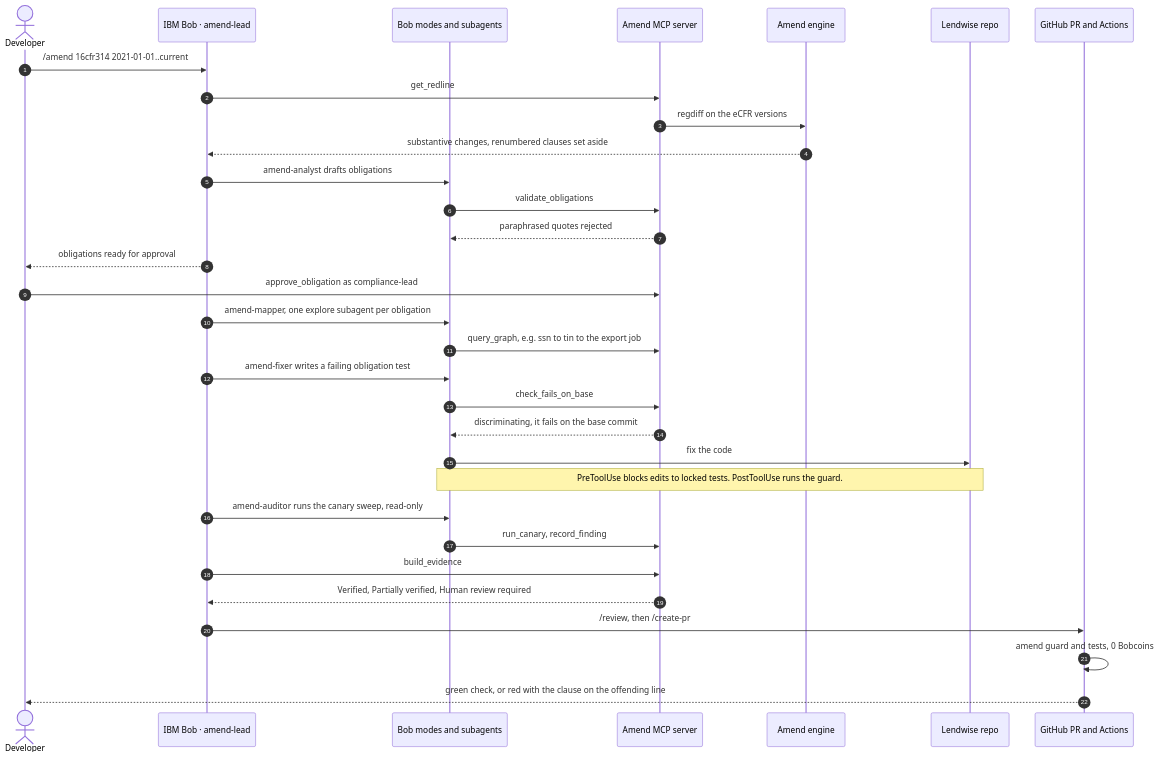
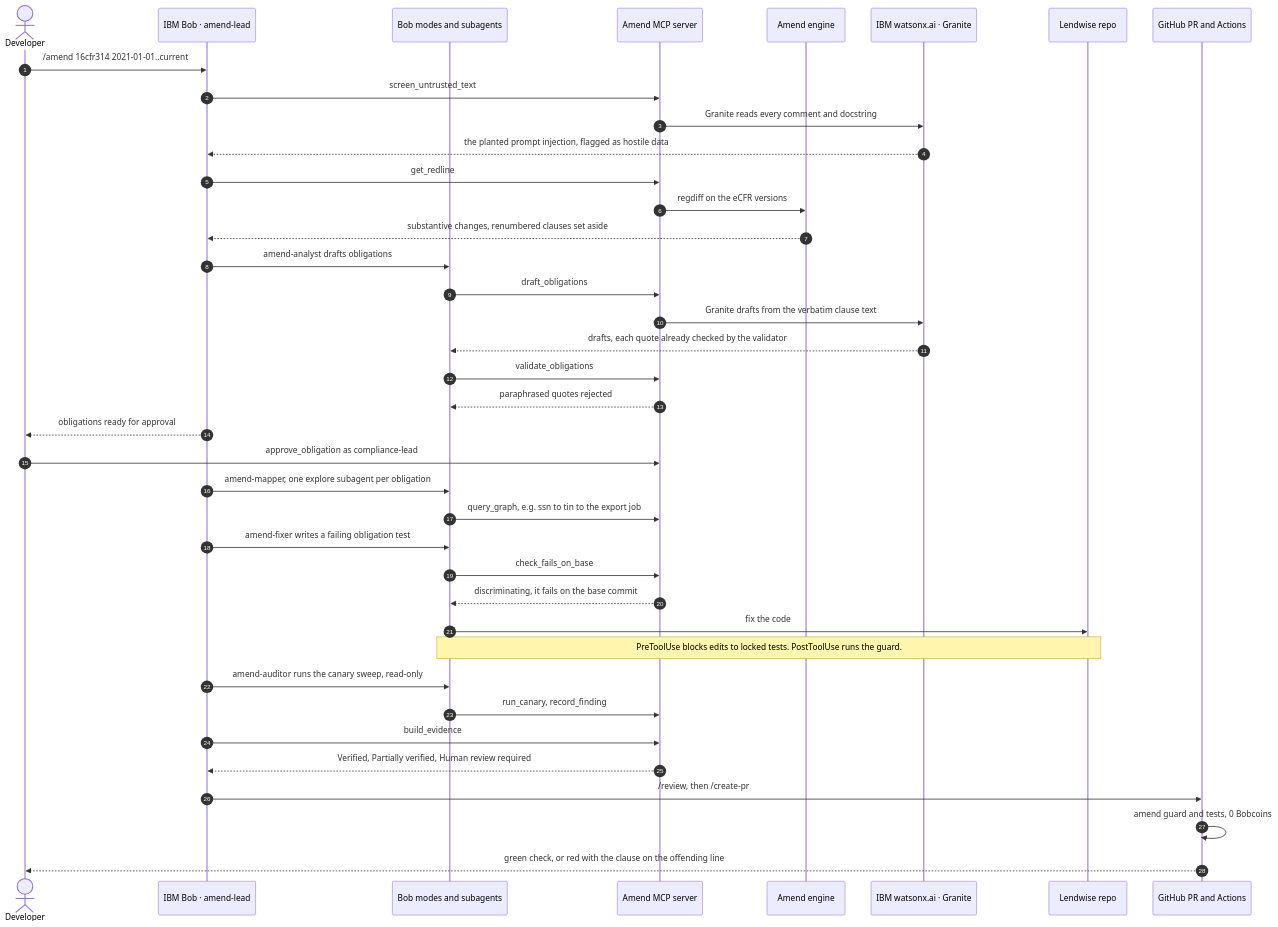
Before and after one commit to TusharTechs/amend: the second of 2 diagrams in README.md, drawn with Mermaid. The commit also changed other lines of this file and 2 other files, not shown here.

Commit message:
docs: IBM watsonx.ai and Granite results, with the Granite drafts for the 2024 amendment

````diff
--- a/README.md
+++ b/README.md
@@ -108,35 +112,42 @@
 ```mermaid
 sequenceDiagram
   autonumber
   actor Dev as Developer
   participant Bob as IBM Bob · amend-lead
   participant Modes as Bob modes and subagents
   participant MCP as Amend MCP server
   participant Eng as Amend engine
+  participant WX as IBM watsonx.ai · Granite
   participant Repo as Lendwise repo
   participant GH as GitHub PR and Actions
 
   Dev->>Bob: /amend 16cfr314 2021-01-01..current
+  Bob->>MCP: screen_untrusted_text
+  MCP->>WX: Granite reads every comment and docstring
+  WX-->>Bob: the planted prompt injection, flagged as hostile data
   Bob->>MCP: get_redline
   MCP->>Eng: regdiff on the eCFR versions
   Eng-->>Bob: substantive changes, renumbered clauses set aside
   Bob->>Modes: amend-analyst drafts obligations
+  Modes->>MCP: draft_obligations
+  MCP->>WX: Granite drafts from the verbatim clause text
+  WX-->>Modes: drafts, each quote already checked by the validator
   Modes->>MCP: validate_obligations
   MCP-->>Modes: paraphrased quotes rejected
   Bob-->>Dev: obligations ready for approval
   Dev->>MCP: approve_obligation as compliance-lead
   Bob->>Modes: amend-mapper, one explore subagent per obligation
   Modes->>MCP: query_graph, e.g. ssn to tin to the export job
   Bob->>Modes: amend-fixer writes a failing obligation test
   Modes->>MCP: check_fails_on_base
   MCP-->>Modes: discriminating, it fails on the base commit
   Modes->>Repo: fix the code
   Note over Modes,Repo: PreToolUse blocks edits to locked tests. PostToolUse runs the guard.
   Bob->>Modes: amend-auditor runs the canary sweep, read-only
   Modes->>MCP: run_canary, record_finding
   Bob->>MCP: build_evidence
   MCP-->>Bob: Verified, Partially verified, Human review required
   Bob->>GH: /review, then /create-pr
   GH->>GH: amend guard and tests, 0 Bobcoins
   GH-->>Dev: green check, or red with the clause on the offending line
 ```
````
